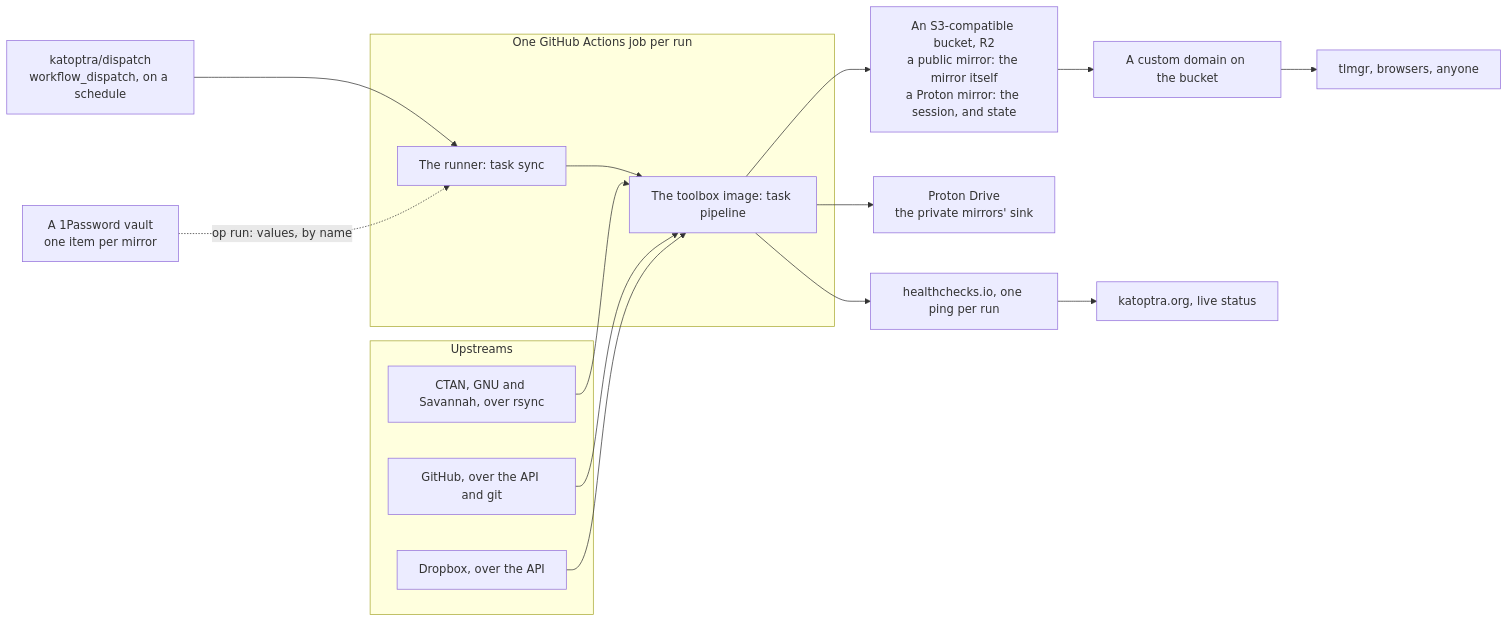
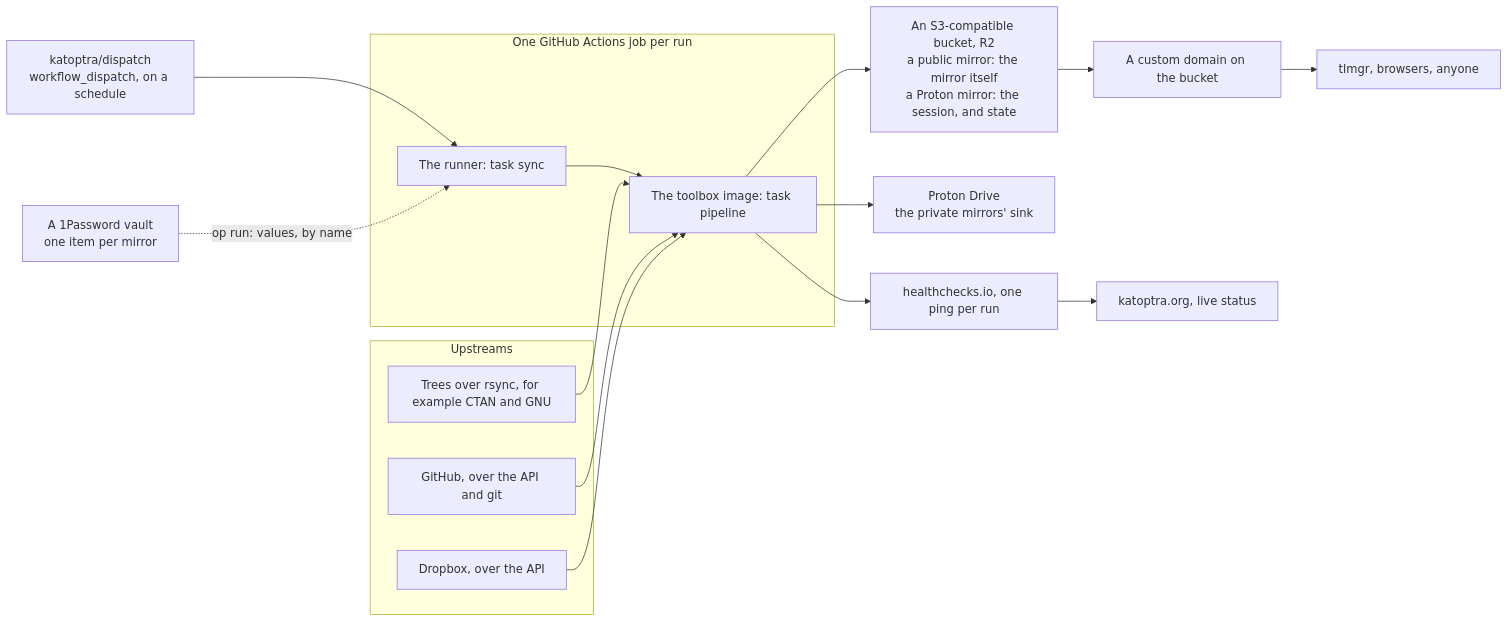
The first of 12 diagrams in README.md (katoptra/lib), drawn with Mermaid before and after one commit. The commit also changed other lines of this file and 2 other files, not shown here.

````diff
--- a/README.md
+++ b/README.md
@@ -39,20 +39,20 @@
 ```mermaid
 flowchart LR
   subgraph up["Upstreams"]
-    u1["CTAN, GNU and Savannah, over rsync"]
+    u1["Trees over rsync, for example CTAN and GNU"]
     u2["GitHub, over the API and git"]
     u3["Dropbox, over the API"]
   end
   sched["katoptra/dispatch<br/>workflow_dispatch, on a schedule"] --> host
   subgraph job["One GitHub Actions job per run"]
     host["The runner: task sync"] --> box["The toolbox image: task pipeline"]
   end
   vault["A 1Password vault<br/>one item per mirror"] -. "op run: values, by name" .-> host
   u1 --> box
   u2 --> box
   u3 --> box
   box --> r2["An S3-compatible bucket, R2<br/>a public mirror: the mirror itself<br/>a Proton mirror: the session, and state"]
   box --> pd["Proton Drive<br/>the private mirrors' sink"]
   r2 --> cf["A custom domain on the bucket"] --> cl["tlmgr, browsers, anyone"]
   box --> hc["healthchecks.io, one ping per run"] --> site["katoptra.org, live status"]
 ```
````
